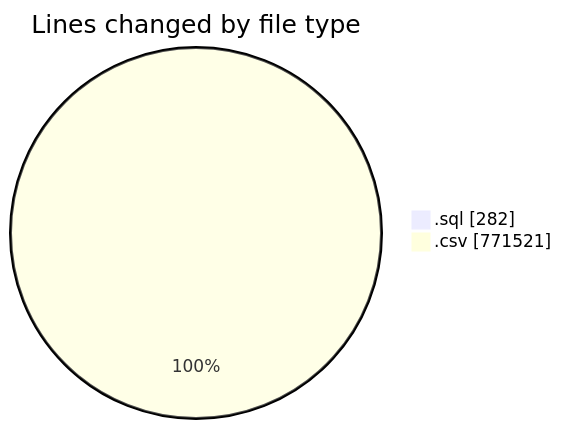
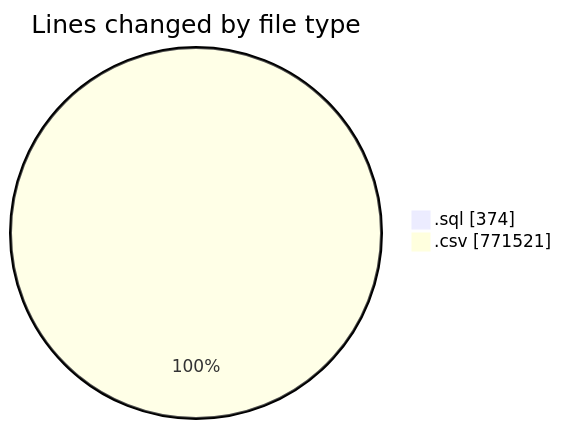
The first of 2 diagrams in 2026-06-09/cilapp/README.md (ricardozamudiocil/code-tracking), drawn with Mermaid before and after one commit. The commit also changed other lines of this file and 1 other file, not shown here.

````diff
--- a/2026-06-09/cilapp/README.md
+++ b/2026-06-09/cilapp/README.md
@@ -25,6 +25,6 @@
 ```mermaid
 pie showData
 title Lines changed by file type
-".sql" : 282
+".sql" : 374
 ".csv" : 771521
 ```
````
